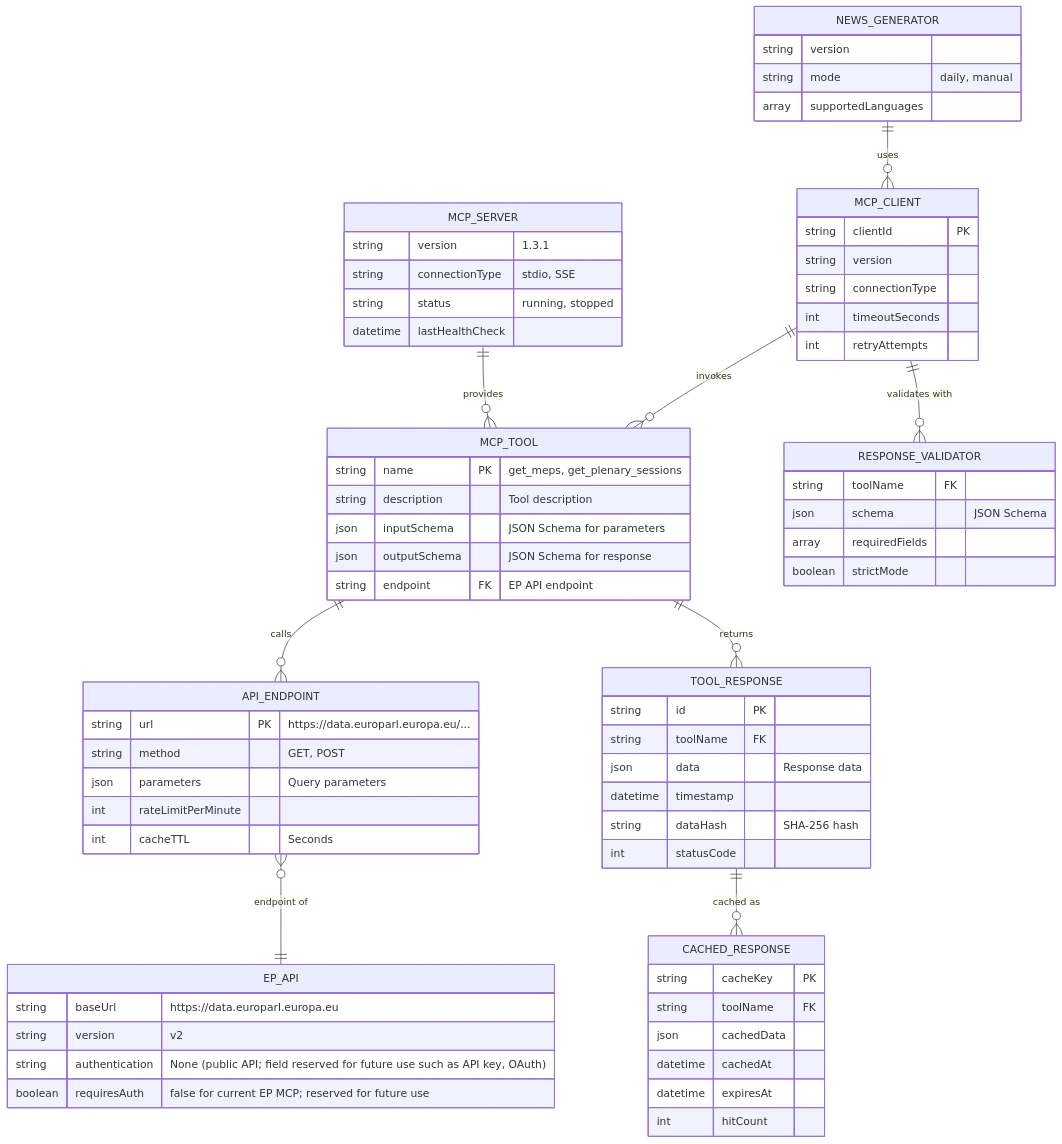
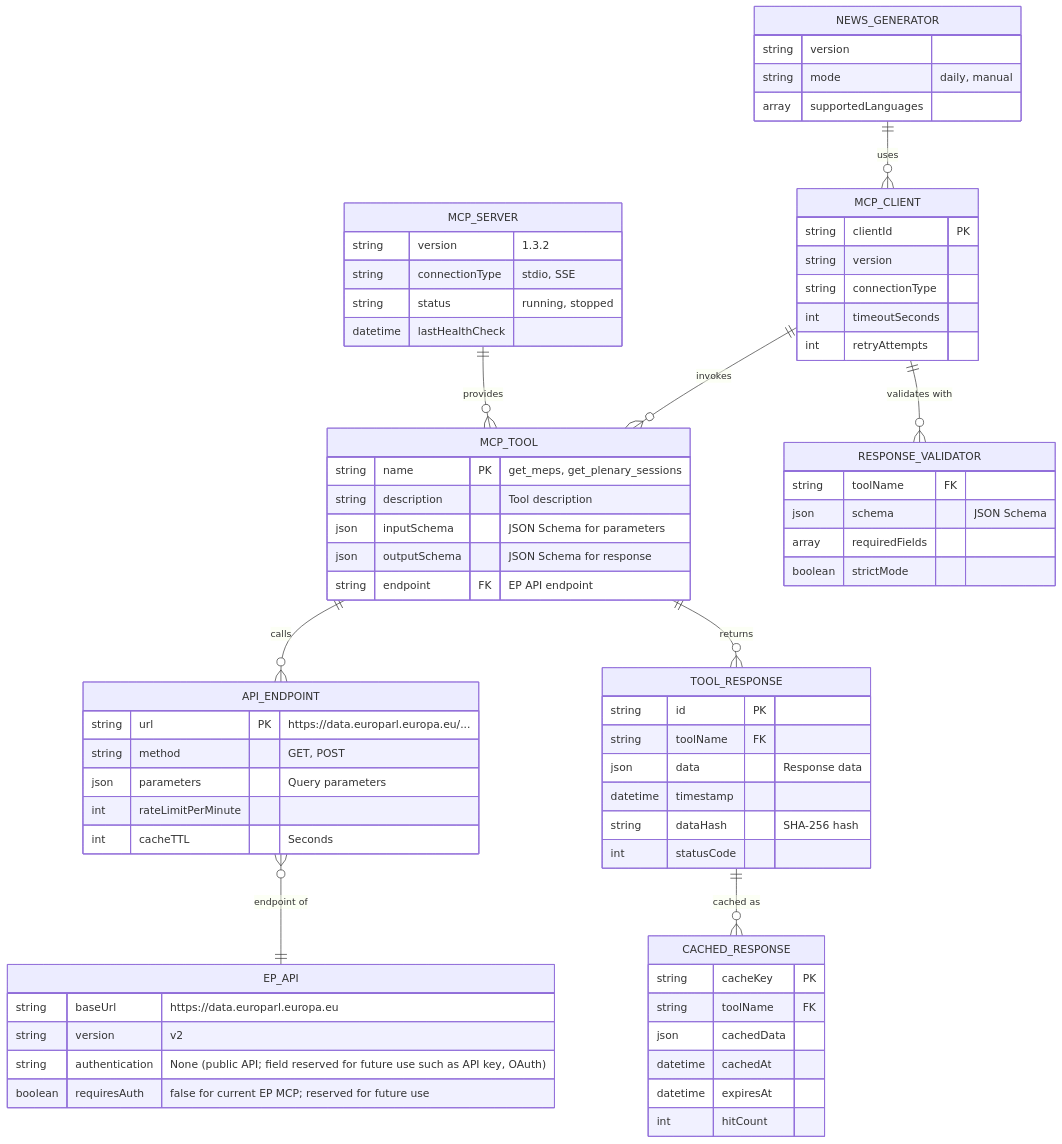
Before and after one commit to Hack23/euparliamentmonitor: the third of 9 diagrams in DATA_MODEL.md, drawn with Mermaid. The commit also changed other lines of this file and 49 other files, not shown here.

````diff
--- a/DATA_MODEL.md
+++ b/DATA_MODEL.md
@@ -974,81 +974,81 @@
 ```mermaid
 erDiagram
     MCP_SERVER ||--o{ MCP_TOOL : "provides"
     MCP_TOOL ||--o{ API_ENDPOINT : "calls"
     API_ENDPOINT }o--|| EP_API : "endpoint of"
     MCP_TOOL ||--o{ TOOL_RESPONSE : "returns"
     TOOL_RESPONSE ||--o{ CACHED_RESPONSE : "cached as"
 
     NEWS_GENERATOR ||--o{ MCP_CLIENT : "uses"
     MCP_CLIENT ||--o{ MCP_TOOL : "invokes"
     MCP_CLIENT ||--o{ RESPONSE_VALIDATOR : "validates with"
 
     MCP_SERVER {
-        string version "1.3.1"
+        string version "1.3.2"
         string connectionType "stdio, SSE"
         string status "running, stopped"
         datetime lastHealthCheck
     }
 
     MCP_TOOL {
         string name PK "get_meps, get_plenary_sessions"
         string description "Tool description"
         json inputSchema "JSON Schema for parameters"
         json outputSchema "JSON Schema for response"
         string endpoint FK "EP API endpoint"
     }
 
     API_ENDPOINT {
         string url PK "https://data.europarl.europa.eu/..."
         string method "GET, POST"
         json parameters "Query parameters"
         int rateLimitPerMinute
         int cacheTTL "Seconds"
     }
 
     EP_API {
         string baseUrl "https://data.europarl.europa.eu"
         string version "v2"
         string authentication "None (public API; field reserved for future use such as API key, OAuth)"
         boolean requiresAuth "false for current EP MCP; reserved for future use"
     }
 
     TOOL_RESPONSE {
         string id PK
         string toolName FK
         json data "Response data"
         datetime timestamp
         string dataHash "SHA-256 hash"
         int statusCode
     }
 
     CACHED_RESPONSE {
         string cacheKey PK
         string toolName FK
         json cachedData
         datetime cachedAt
         datetime expiresAt
         int hitCount
     }
 
     MCP_CLIENT {
         string clientId PK
         string version
         string connectionType
         int timeoutSeconds
         int retryAttempts
     }
 
     RESPONSE_VALIDATOR {
         string toolName FK
         json schema "JSON Schema"
         array requiredFields
         boolean strictMode
     }
 
     NEWS_GENERATOR {
         string version
         string mode "daily, manual"
         array supportedLanguages
     }
 ```
````
